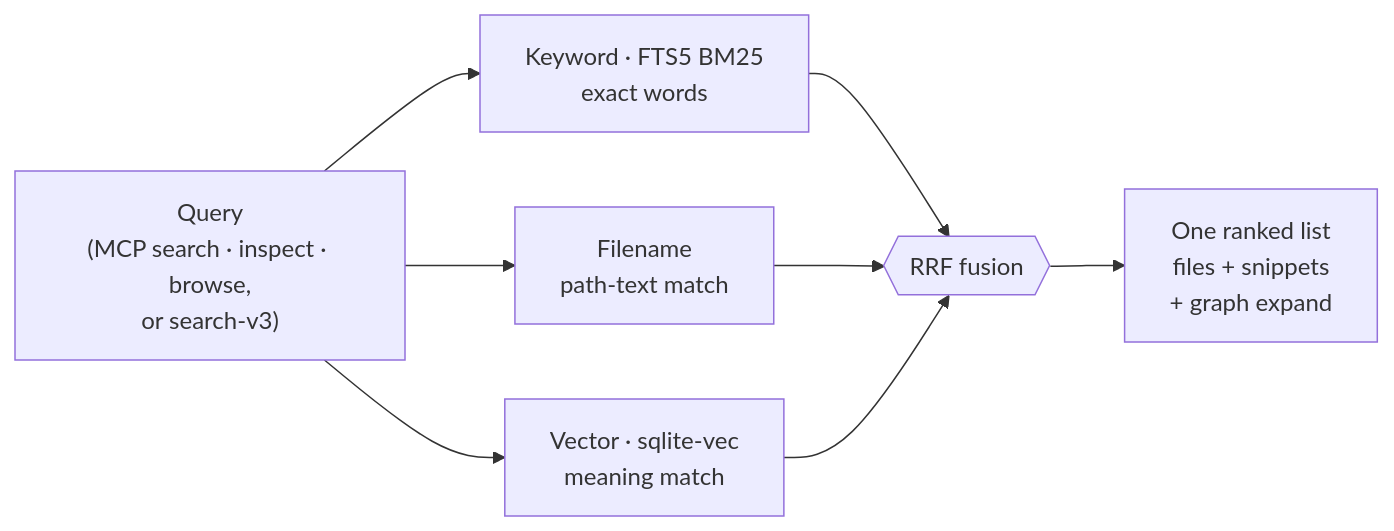
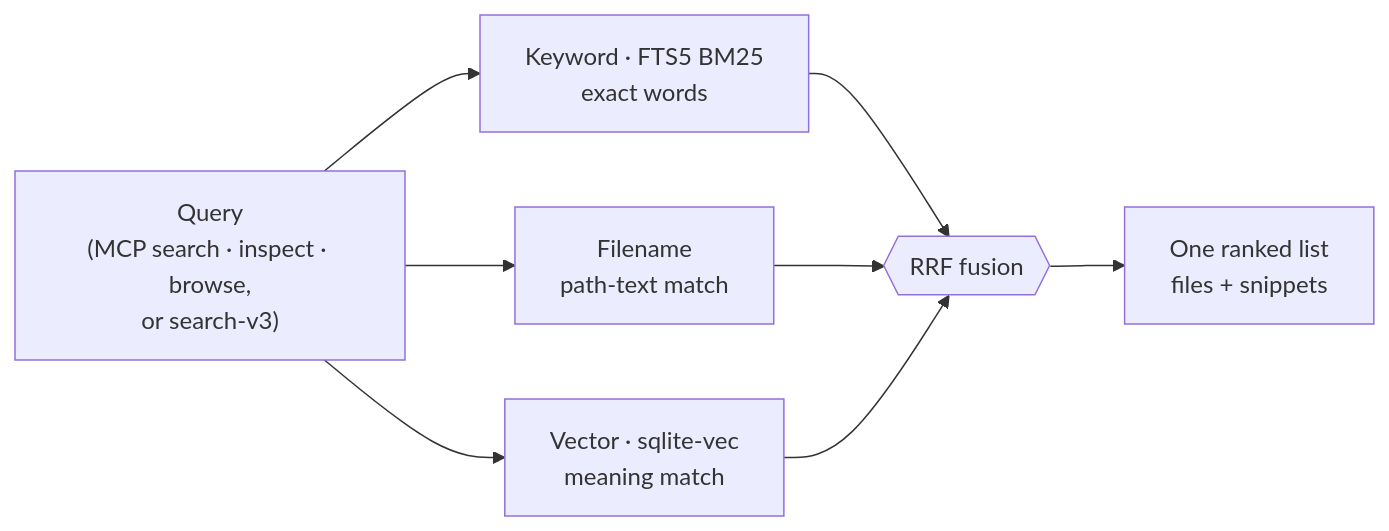
Before and after one commit to gtm-k/foldermcp: the third of 3 diagrams in README.md, drawn with Mermaid. The commit also changed other lines of this file, not shown here.

````diff
--- a/README.md
+++ b/README.md
@@ -116,10 +115,10 @@
 ```mermaid
 flowchart LR
     Q["Query<br/>(MCP search · inspect · browse,<br/>or search-v3)"] --> K[Keyword · FTS5 BM25<br/>exact words]
     Q --> N[Filename<br/>path-text match]
     Q --> V[Vector · sqlite-vec<br/>meaning match]
     K --> R{{RRF fusion}}
     N --> R
     V --> R
-    R --> OUT[One ranked list<br/>files + snippets<br/>+ graph expand]
+    R --> OUT[One ranked list<br/>files + snippets]
 ```
````
